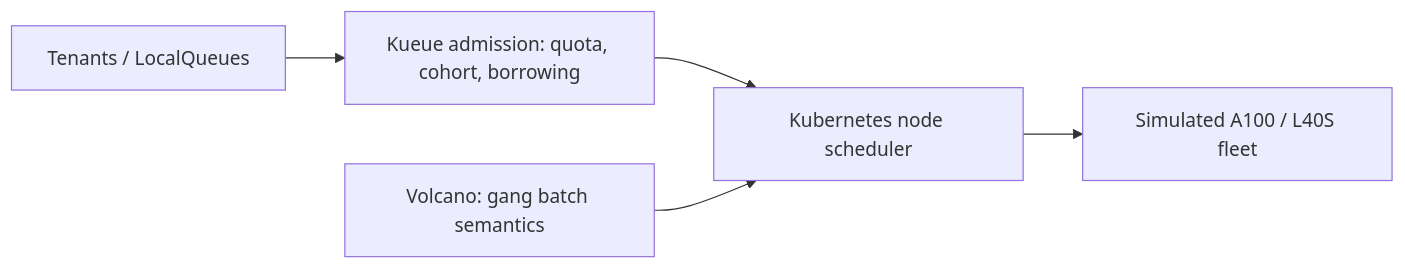
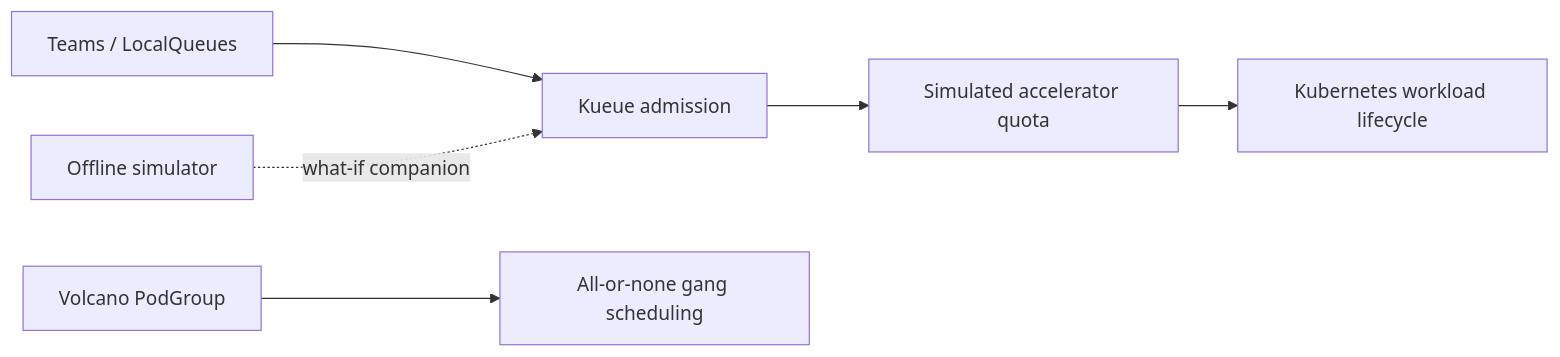
One commit to Bepoadewale/gpu-scheduler-lab changed the diagram in README.md. Above: the diagram before and after it, drawn with Mermaid. The commit also changed other lines of this file and 29 other files, not shown here.

Commit message:
feat: execute Kueue and Volcano scheduling experiments

````diff
--- a/README.md
+++ b/README.md
@@ -5,7 +11,8 @@
 ```mermaid
 flowchart LR
-T[Tenants / LocalQueues] --> K[Kueue admission: quota, cohort, borrowing]
-K --> S[Kubernetes node scheduler]
-V[Volcano: gang batch semantics] --> S
-S --> F[Simulated A100 / L40S fleet]
+  T[Teams / LocalQueues] --> K[Kueue admission]
+  K --> Q[Simulated accelerator quota]
+  Q --> P[Kubernetes workload lifecycle]
+  V[Volcano PodGroup] --> G[All-or-none gang scheduling]
+  S[Offline simulator] -.what-if companion.-> K
 ```
````
